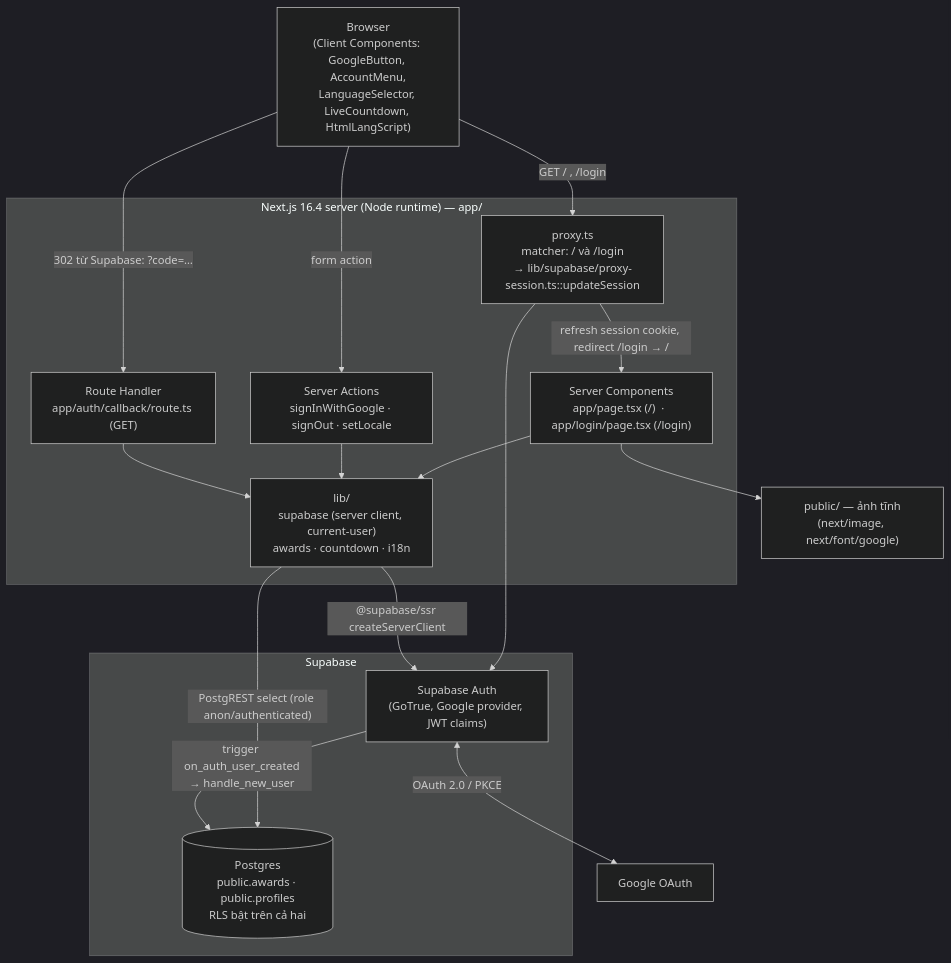
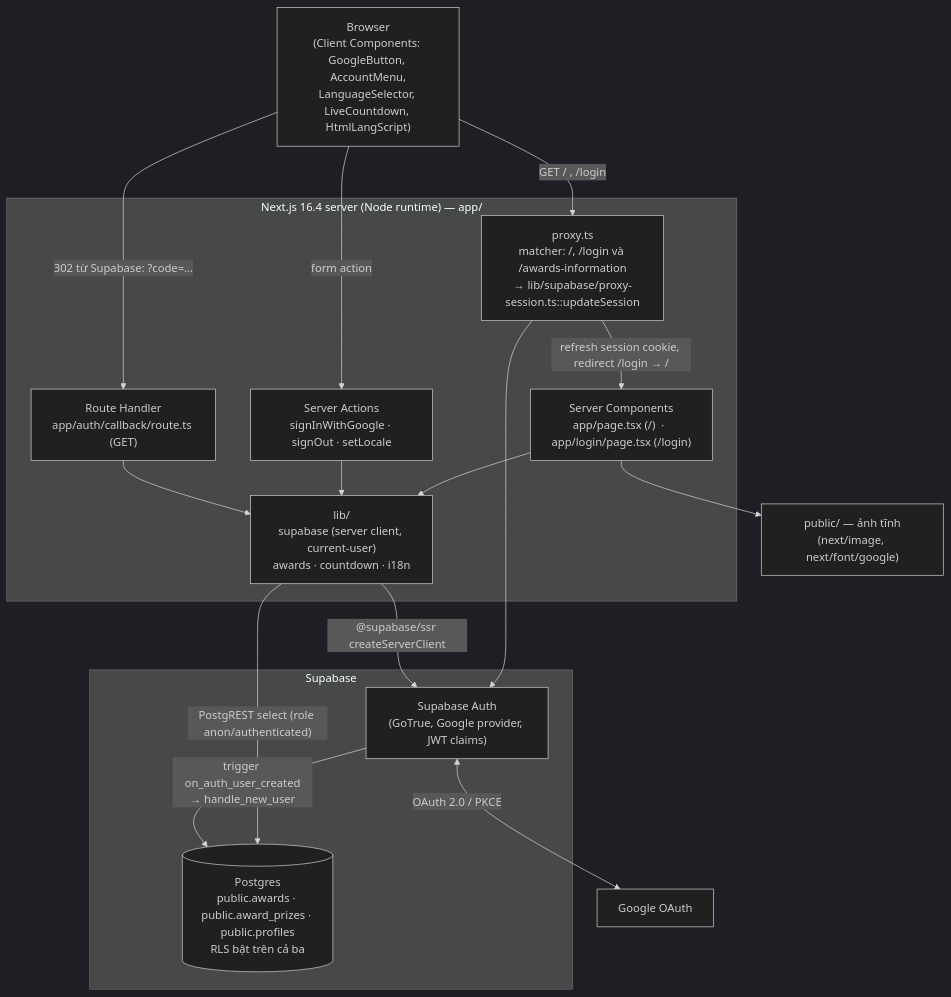
The first of 3 diagrams in docs/system/overview.md (lannp-3774/agentic-coding-hands-on), drawn with Mermaid (dark theme) before and after one commit. The commit also changed other lines of this file and 23 other files, not shown here.

First line of the commit message:
docs(spec): add F004 awards information spec and sync generated docs

````diff
--- a/docs/system/overview.md
+++ b/docs/system/overview.md
@@ -17,34 +17,34 @@
 ```mermaid
 graph TB
     Browser["Browser<br/>(Client Components: GoogleButton, AccountMenu,<br/>LanguageSelector, LiveCountdown, HtmlLangScript)"]
 
     subgraph NextApp["Next.js 16.4 server (Node runtime) — app/"]
-        Proxy["proxy.ts<br/>matcher: / và /login<br/>→ lib/supabase/proxy-session.ts::updateSession"]
+        Proxy["proxy.ts<br/>matcher: /, /login và /awards-information<br/>→ lib/supabase/proxy-session.ts::updateSession"]
         Pages["Server Components<br/>app/page.tsx (/)  ·  app/login/page.tsx (/login)"]
         Callback["Route Handler<br/>app/auth/callback/route.ts (GET)"]
         Actions["Server Actions<br/>signInWithGoogle · signOut · setLocale"]
         Libs["lib/<br/>supabase (server client, current-user)<br/>awards · countdown · i18n"]
     end
 
     subgraph Supa["Supabase"]
         Auth["Supabase Auth<br/>(GoTrue, Google provider, JWT claims)"]
-        PG[("Postgres<br/>public.awards · public.profiles<br/>RLS bật trên cả hai")]
+        PG[("Postgres<br/>public.awards · public.award_prizes · public.profiles<br/>RLS bật trên cả ba")]
     end
 
     Google["Google OAuth"]
     Static["public/ — ảnh tĩnh<br/>(next/image, next/font/google)"]
 
     Browser -->|"GET / , /login"| Proxy
     Proxy -->|"refresh session cookie, redirect /login → /"| Pages
     Browser -->|"form action"| Actions
     Browser -->|"302 từ Supabase: ?code=…"| Callback
     Pages --> Libs
     Actions --> Libs
     Callback --> Libs
     Proxy --> Auth
     Libs -->|"@supabase/ssr createServerClient"| Auth
     Libs -->|"PostgREST select (role anon/authenticated)"| PG
     Auth -->|"trigger on_auth_user_created<br/>→ handle_new_user"| PG
     Auth <-->|"OAuth 2.0 / PKCE"| Google
     Pages --> Static
 ```
````
